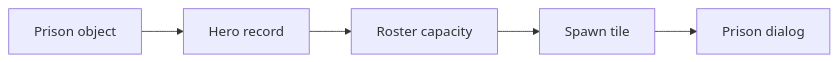
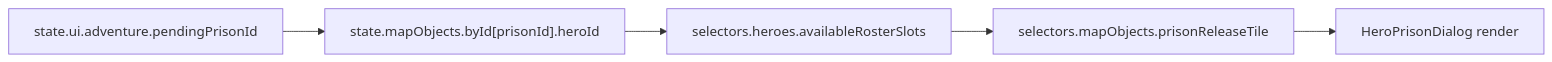
One commit to SunaNoOshiro/Heroes_Reforged_AI_Realms changed the second of 5 diagrams in docs/architecture/wiki/screens/23-hero-prison/architecture.md. Above: the diagram before and after it, drawn with Mermaid. The commit also changed other lines of this file and 518 other files, not shown here.

First line of the commit message:
Add doc-audit skill and sweep architecture/screen docs

````diff
--- a/docs/architecture/wiki/screens/23-hero-prison/architecture.md
+++ b/docs/architecture/wiki/screens/23-hero-prison/architecture.md
@@ -30,8 +36,7 @@
 ```mermaid
 flowchart LR
-  L0["Prison object"] --> L1
-  L1["Hero record"] --> L2
-  L2["Roster capacity"] --> L3
-  L3["Spawn tile"] --> L4
-  L4["Prison dialog"]
+  L0["state.ui.adventure.pendingPrisonId"] --> L1["state.mapObjects.byId[prisonId].heroId"]
+  L1 --> L2["selectors.heroes.availableRosterSlots"]
+  L2 --> L3["selectors.mapObjects.prisonReleaseTile"]
+  L3 --> L4["HeroPrisonDialog render"]
 ```
````
